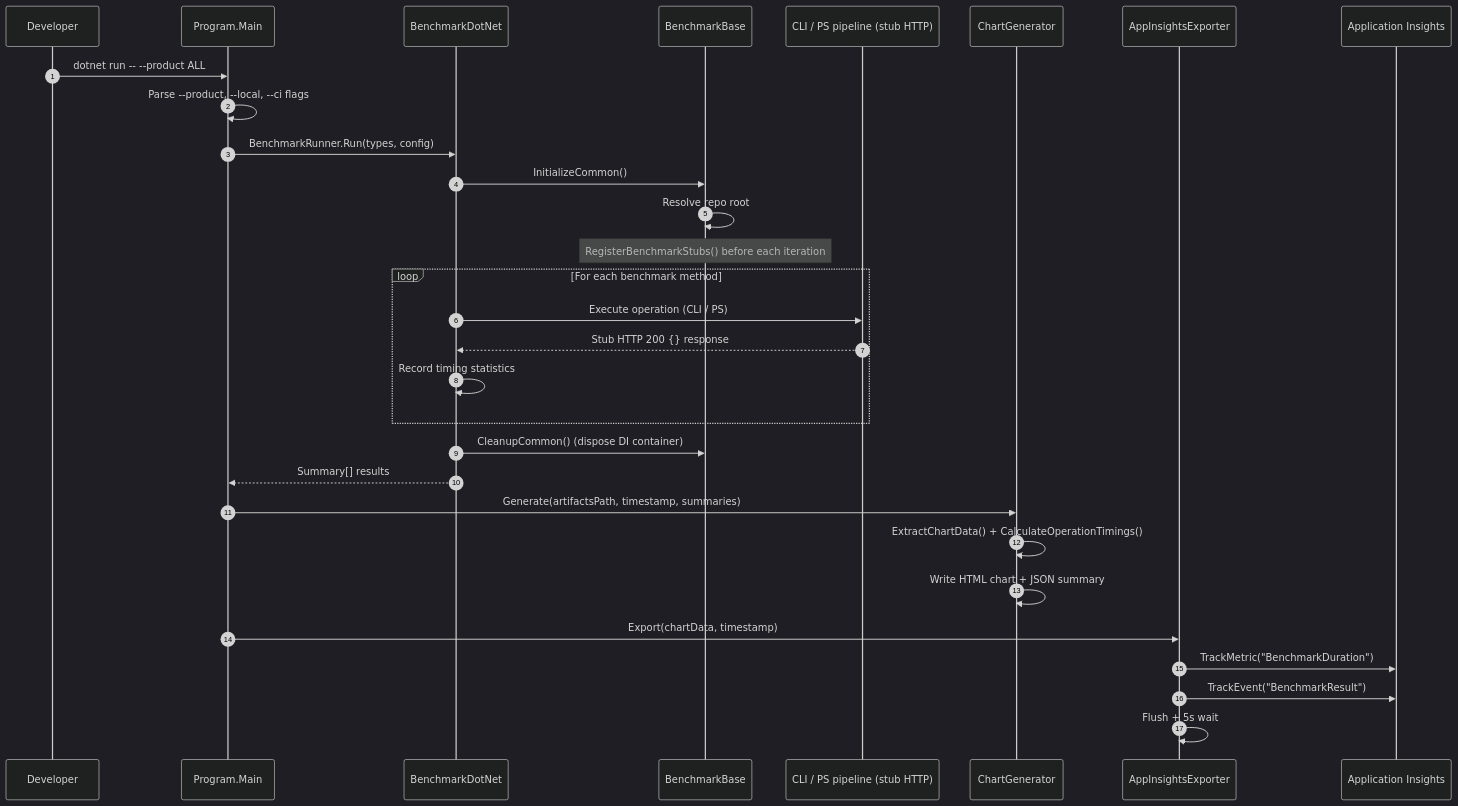
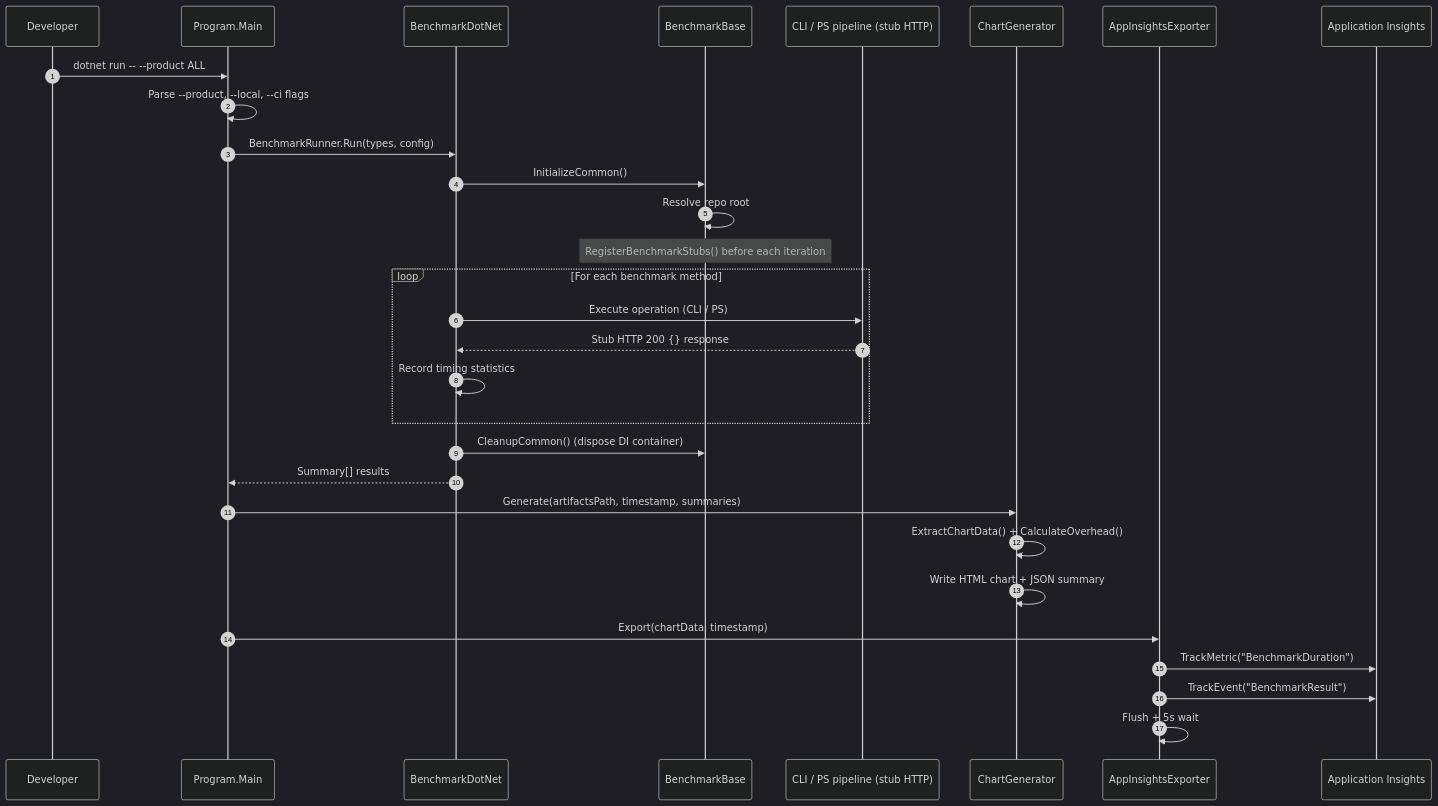
One commit to Azure/azclips changed the second of 2 diagrams in wiki/02-deep-dive/testing-benchmarking.md. Above: the diagram before and after it, drawn with Mermaid (dark theme). The commit also changed other lines of this file and 1 other file, not shown here.

First line of the commit message:
refactor(benchmark): keep CalculateOverhead name and OverheadData model

````diff
--- a/wiki/02-deep-dive/testing-benchmarking.md
+++ b/wiki/02-deep-dive/testing-benchmarking.md
@@ -251,39 +251,39 @@
 ```mermaid
 sequenceDiagram
     autonumber
     participant Dev as Developer
     participant Prog as Program.Main
     participant BDN as BenchmarkDotNet
     participant Base as BenchmarkBase
     participant Pipe as CLI / PS pipeline (stub HTTP)
     participant CG as ChartGenerator
     participant AIE as AppInsightsExporter
     participant AI as Application Insights
 
     Dev->>Prog: dotnet run -- --product ALL
     Prog->>Prog: Parse --product, --local, --ci flags
     Prog->>BDN: BenchmarkRunner.Run(types, config)
 
     BDN->>Base: InitializeCommon()
     Base->>Base: Resolve repo root
     Note over Base: RegisterBenchmarkStubs() before each iteration
 
     loop For each benchmark method
         BDN->>Pipe: Execute operation (CLI / PS)
         Pipe-->>BDN: Stub HTTP 200 {} response
         BDN->>BDN: Record timing statistics
     end
 
     BDN->>Base: CleanupCommon() (dispose DI container)
 
     BDN-->>Prog: Summary[] results
 
     Prog->>CG: Generate(artifactsPath, timestamp, summaries)
-    CG->>CG: ExtractChartData() + CalculateOperationTimings()
+    CG->>CG: ExtractChartData() + CalculateOverhead()
     CG->>CG: Write HTML chart + JSON summary
 
     Prog->>AIE: Export(chartData, timestamp)
     AIE->>AI: TrackMetric("BenchmarkDuration")
     AIE->>AI: TrackEvent("BenchmarkResult")
     AIE->>AIE: Flush + 5s wait
 ```
````
